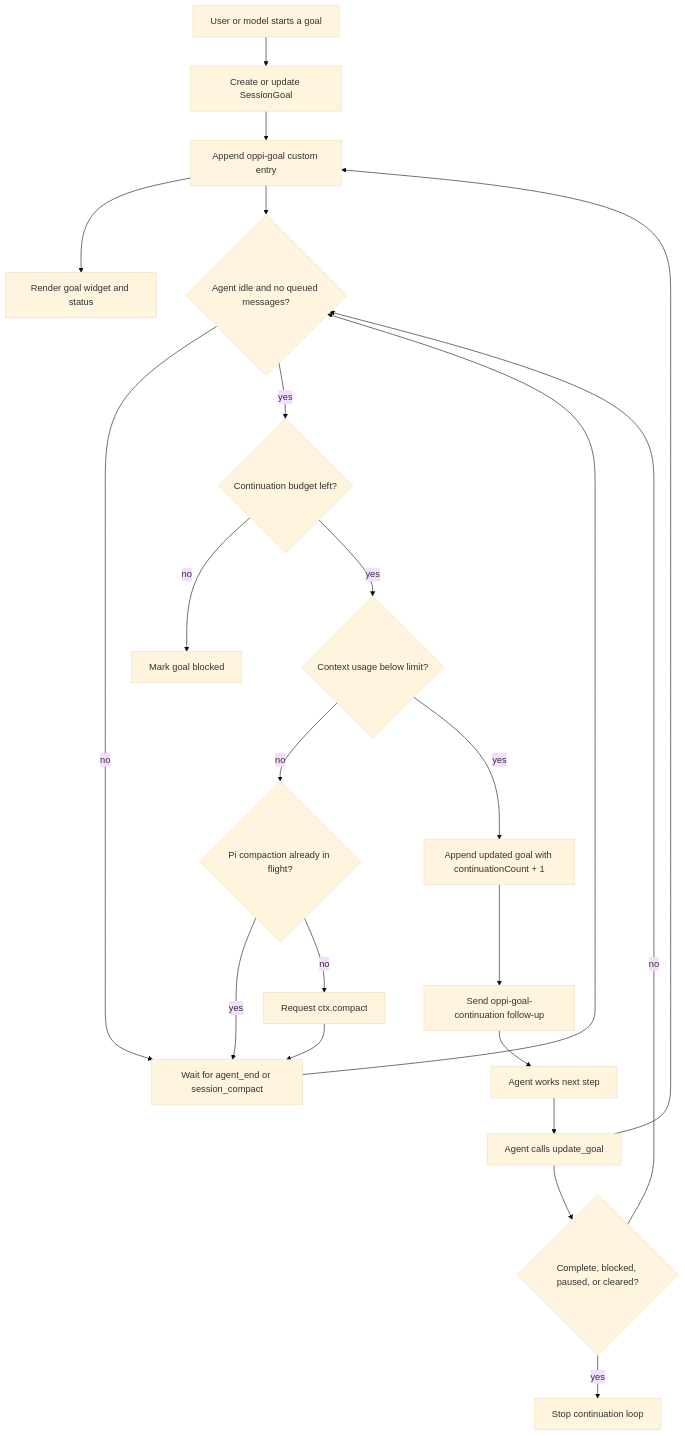
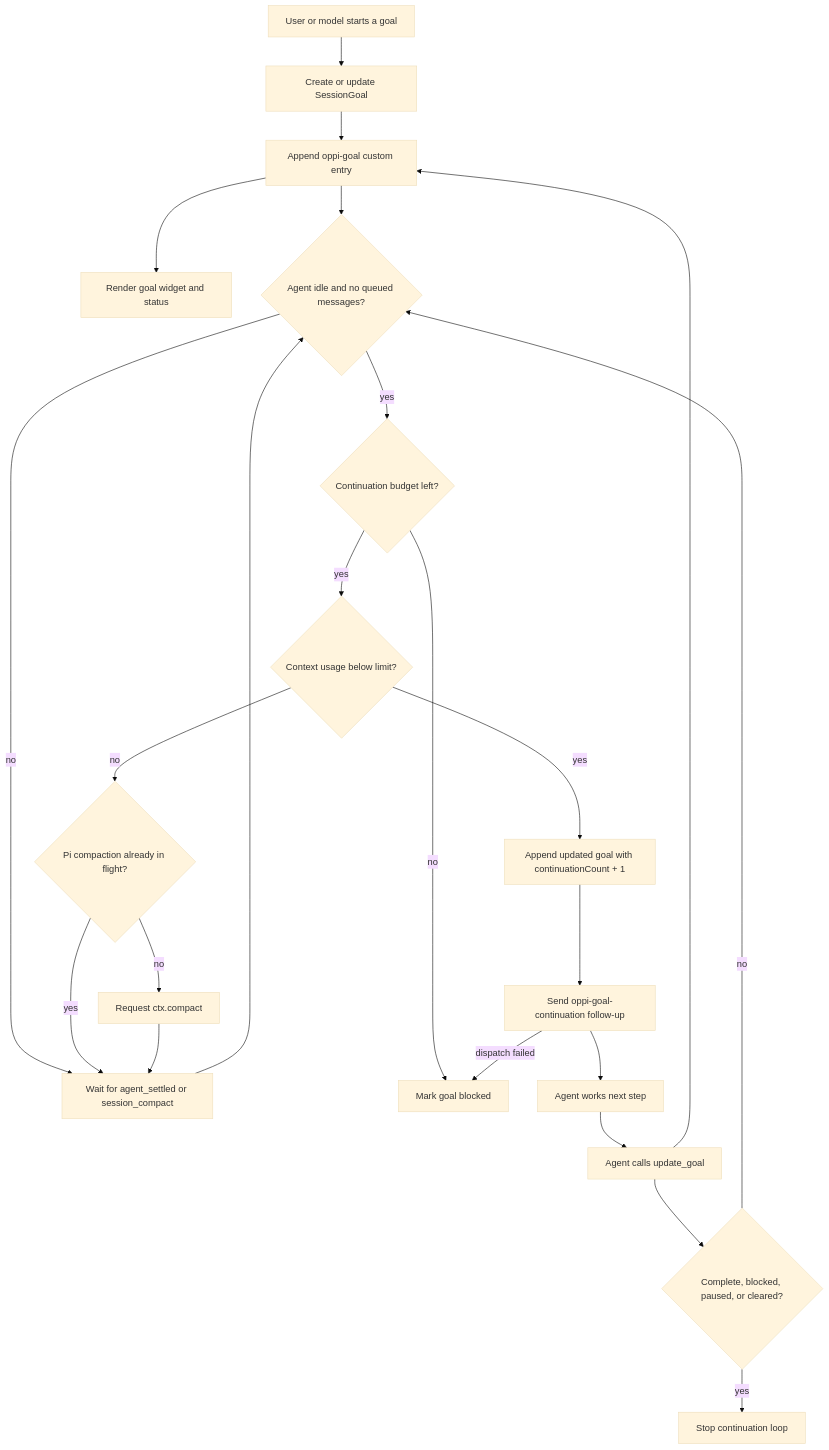
One commit to duh17/oppi changed the diagram in pi-extensions/goal/README.md. Above: the diagram before and after it, drawn with Mermaid (base theme). The commit also changed other lines of this file and 3 other files, not shown here.

````diff
--- a/pi-extensions/goal/README.md
+++ b/pi-extensions/goal/README.md
@@ -15,29 +15,30 @@
 ```mermaid
 flowchart TD
   User[User or model starts a goal] --> Create[Create or update SessionGoal]
   Create --> Persist[Append oppi-goal custom entry]
   Persist --> Widget[Render goal widget and status]
   Persist --> IdleCheck{Agent idle and no queued messages?}
 
-  IdleCheck -- no --> Wait[Wait for agent_end or session_compact]
+  IdleCheck -- no --> Wait[Wait for agent_settled or session_compact]
   Wait --> IdleCheck
 
   IdleCheck -- yes --> Budget{Continuation budget left?}
   Budget -- no --> Block[Mark goal blocked]
   Budget -- yes --> Context{Context usage below limit?}
 
   Context -- no --> CompactGuard{Pi compaction already in flight?}
   CompactGuard -- yes --> Wait
   CompactGuard -- no --> Compact[Request ctx.compact]
   Compact --> Wait
 
   Context -- yes --> Continue[Append updated goal with continuationCount + 1]
   Continue --> Send[Send oppi-goal-continuation follow-up]
+  Send -- dispatch failed --> Block
   Send --> Agent[Agent works next step]
   Agent --> Tool[Agent calls update_goal]
   Tool --> Persist
 
   Tool --> Done{Complete, blocked, paused, or cleared?}
   Done -- yes --> Stop[Stop continuation loop]
   Done -- no --> IdleCheck
 ```
````
